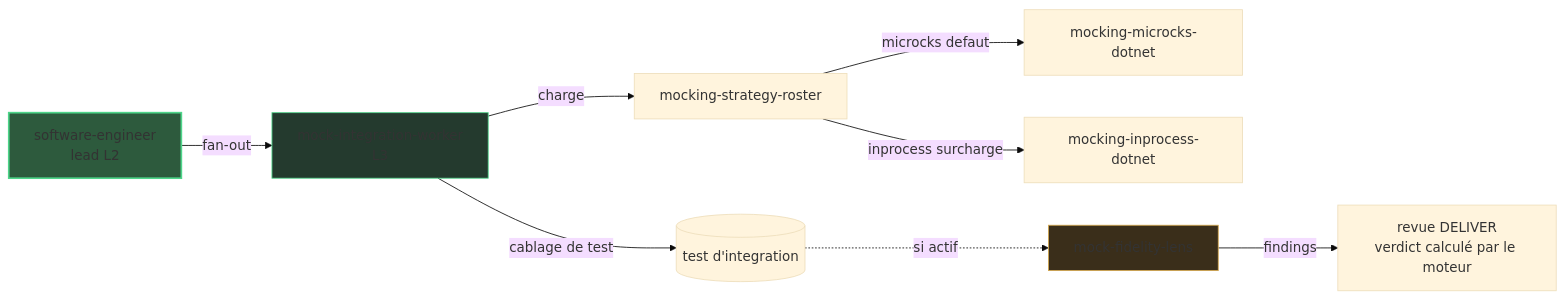
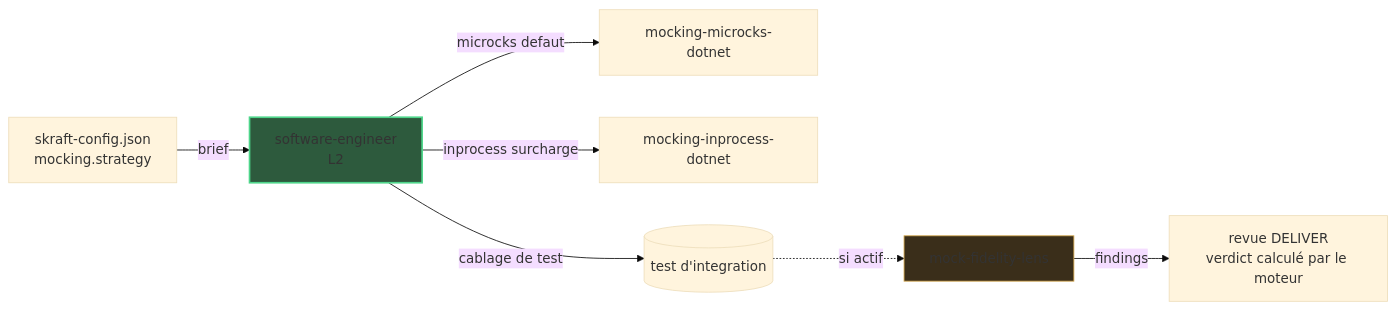
The diagram in docs/site/fr/explanation/deep-dive/mocking-microcks.md (SebastienDegodez/skraft-plugin), drawn with Mermaid (base theme) before and after one commit. The commit also changed other lines of this file and 70 other files, not shown here.

````diff
--- a/docs/site/fr/explanation/deep-dive/mocking-microcks.md
+++ b/docs/site/fr/explanation/deep-dive/mocking-microcks.md
@@ -28,14 +27,12 @@
 ```mermaid
 graph LR
-    SE[software-engineer<br/>lead L2] -->|fan-out| MIW[mock-integration-worker<br/>L3]
-    MIW -->|charge| RST[mocking-strategy-roster]
-    RST -->|microcks defaut| MMD[mocking-microcks-dotnet]
-    RST -->|inprocess surcharge| MID[mocking-inprocess-dotnet]
-    MIW -->|cablage de test| A[(test d'integration)]
+    CFG[skraft-config.json<br/>mocking.strategy] -->|brief| SE[software-engineer<br/>L2]
+    SE -->|microcks defaut| MMD[mocking-microcks-dotnet]
+    SE -->|inprocess surcharge| MID[mocking-inprocess-dotnet]
+    SE -->|cablage de test| A[(test d'integration)]
     A -.si actif.-> MFL[mock-fidelity-lens]
     MFL -->|findings| DR[revue DELIVER<br/>verdict calculé par le moteur]
 
     style SE fill:#2d5a3d,stroke:#4ed58a,stroke-width:2px
-    style MIW fill:#243a2e,stroke:#4ed58a
     style MFL fill:#3a2e1a,stroke:#d5a84e
 ```
````
